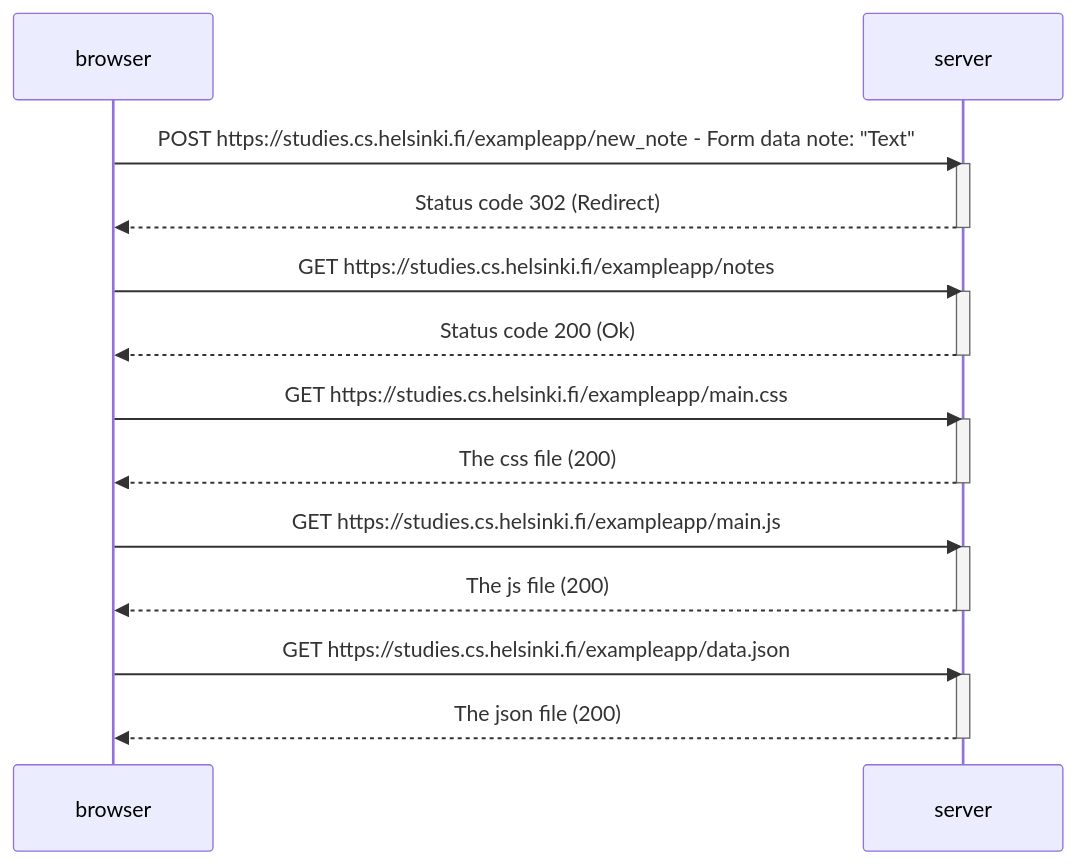
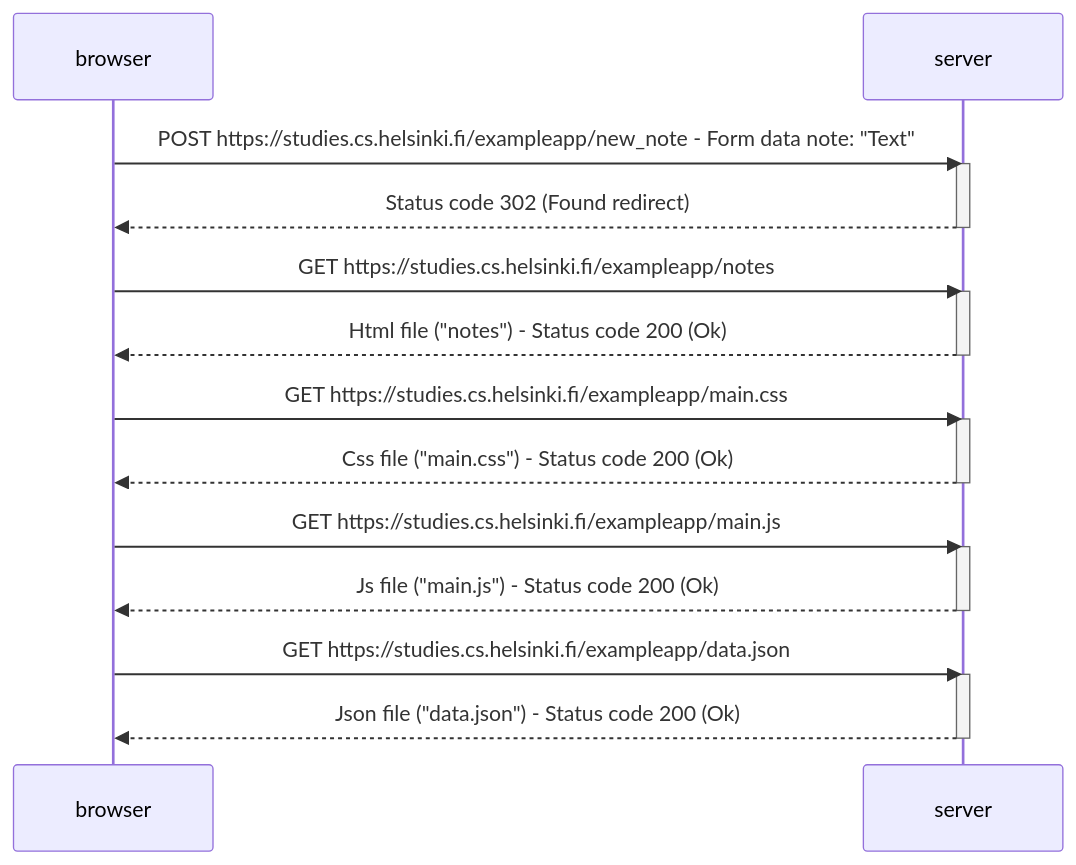
One commit to ferksr/FullStack-Open changed the diagram in part0/newNoteDiagram.md. Above: the diagram before and after it, drawn with Mermaid.

Commit message:
Modifies newNoteDiagram

````diff
--- a/part0/newNoteDiagram.md
+++ b/part0/newNoteDiagram.md
@@ -1,28 +1,28 @@
 ```mermaid
 
 sequenceDiagram 
     participant browser
     participant server
 
     browser ->>server: POST https://studies.cs.helsinki.fi/exampleapp/new_note - Form data note: "Text"
     activate server
-    server -->>browser: Status code 302 (Redirect)
+    server -->>browser: Status code 302 (Found redirect)
     deactivate server
     browser ->>server: GET https://studies.cs.helsinki.fi/exampleapp/notes
     activate server
-    server -->>browser: Status code 200 (Ok)
+    server -->>browser: Html file ("notes") - Status code 200 (Ok)
     deactivate server
     browser ->> server: GET https://studies.cs.helsinki.fi/exampleapp/main.css
     activate server
-    server -->>browser: The css file (200)
+    server -->>browser: Css file ("main.css") - Status code 200 (Ok)
     deactivate server
     browser ->> server: GET https://studies.cs.helsinki.fi/exampleapp/main.js
     activate server
-    server -->>browser: The js file (200)
+    server -->>browser: Js file ("main.js") - Status code 200 (Ok)
     deactivate server
     browser ->> server: GET https://studies.cs.helsinki.fi/exampleapp/data.json
     activate server
-    server -->>browser: The json file (200)
+    server -->>browser: Json file ("data.json") - Status code 200 (Ok)
     deactivate server
 
 ```
````
